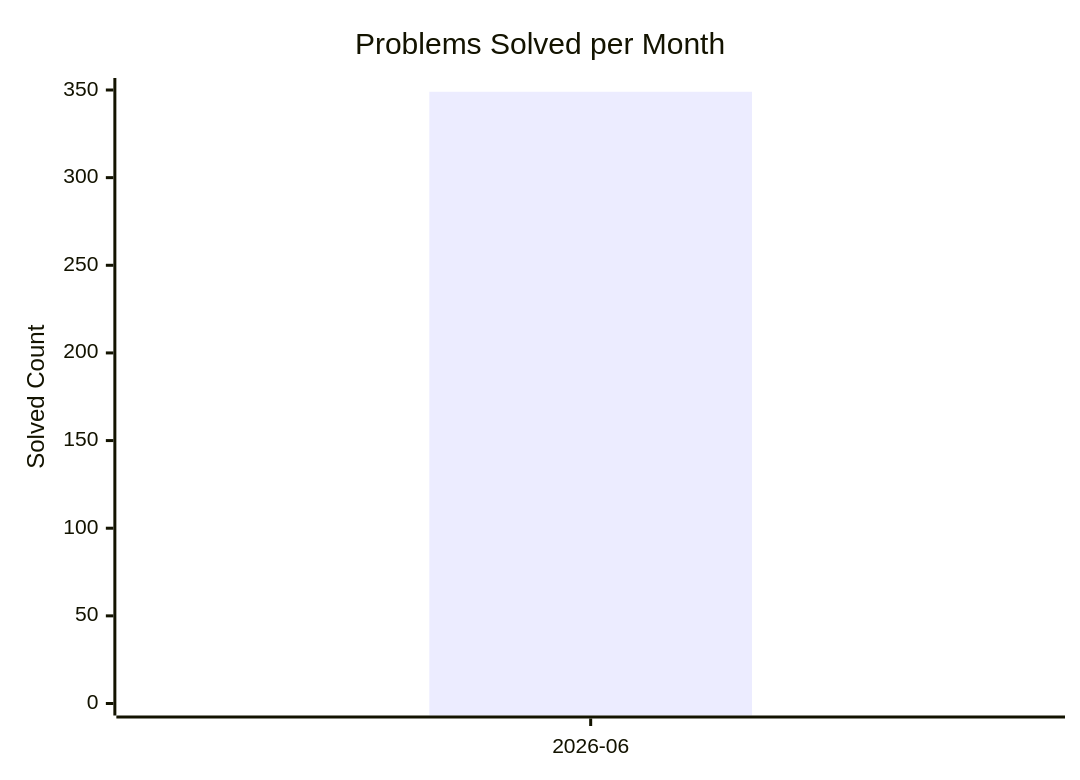
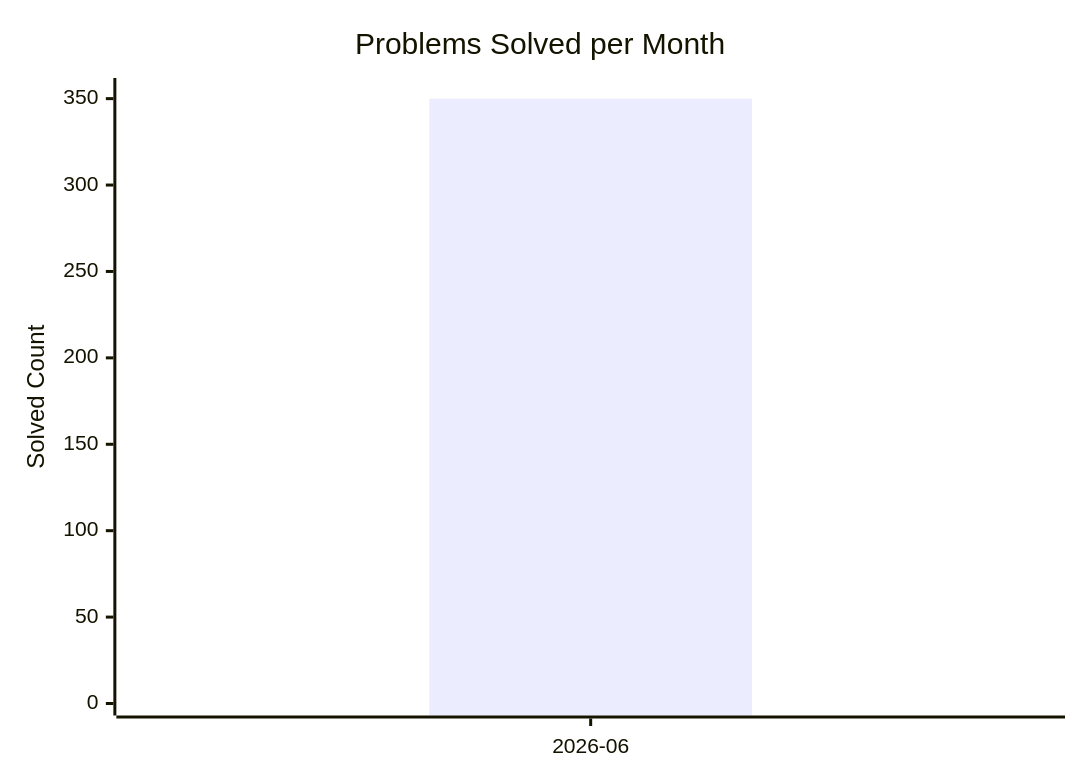
Before and after one commit to AdityaPandey-DEV/CP-Progress-Sync: the diagram in dashboard.md, drawn with Mermaid. The commit also changed other lines of this file, not shown here.

Commit message:
Auto-update CP dashboard [skip ci]

````diff
--- a/dashboard.md
+++ b/dashboard.md
@@ -8,8 +8,8 @@
 ```mermaid
 xychart-beta
     title "Problems Solved per Month"
     x-axis ["2026-06"]
-    y-axis "Solved Count" 0 --> 350
-    bar [349]
-    line [349]
+    y-axis "Solved Count" 0 --> 355
+    bar [350]
+    line [350]
 ```
````
